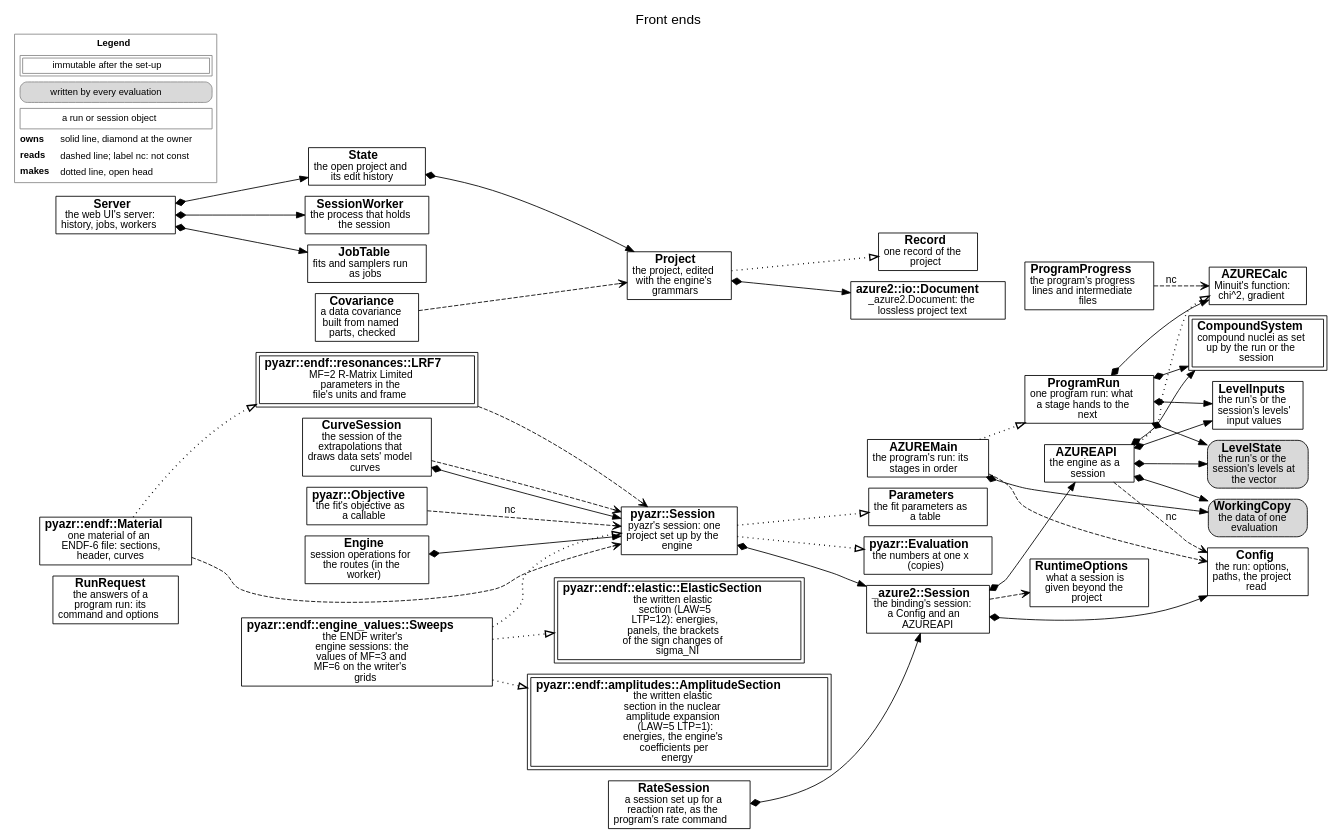
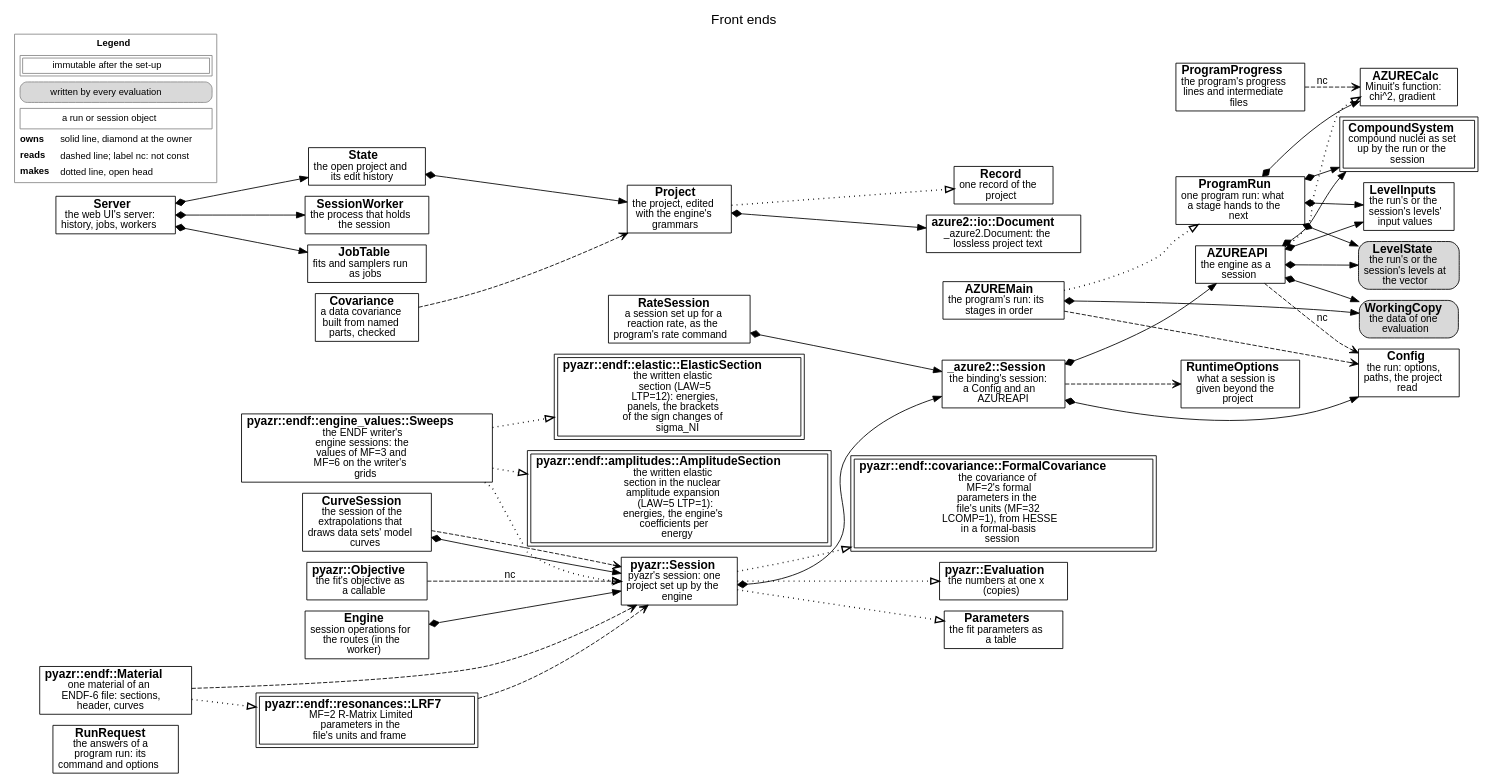
Before and after one commit to AZURE2DEV/AZURE2: the diagram in docs/source/developer/figures/frontends.dot, drawn with Graphviz. The commit also changed 12 other files, not shown here.

First line of the commit message:
ENDF: MF=32 LCOMP=1 for LRF=7 from HESSE in a formal-basis session; Material.covariance()

```diff
--- a/docs/source/developer/figures/frontends.dot
+++ b/docs/source/developer/figures/frontends.dot
@@ -1,77 +1,79 @@
 digraph frontends {
   graph [rankdir=LR, fontname="Helvetica", fontsize=16, labelloc=t, label="Front ends", nodesep=0.18, ranksep=0.3, newrank=true];
   node [fontname="Helvetica", fontsize=14, margin="0.08,0.04"];
   edge [fontname="Helvetica", fontsize=12];
   n_RunRequest [label=<<b>RunRequest</b><br/><font point-size="12">the answers of a<br/>program run: its<br/>command and options</font>>, shape=box, style="filled", fillcolor="white"];
   n_AZUREMain [label=<<b>AZUREMain</b><br/><font point-size="12">the program&#x27;s run: its<br/>stages in order</font>>, shape=box, style="filled", fillcolor="white"];
   n_Config [label=<<b>Config</b><br/><font point-size="12">the run: options,<br/>paths, the project<br/>read</font>>, shape=box, style="filled", fillcolor="white"];
   n_CompoundSystem [label=<<b>CompoundSystem</b><br/><font point-size="12">compound nuclei as set<br/>up by the run or the<br/>session</font>>, shape=box, peripheries=2, style="filled", fillcolor="white"];
   n_LevelState [label=<<b>LevelState</b><br/><font point-size="12">the run&#x27;s or the<br/>session&#x27;s levels at<br/>the vector</font>>, shape=box, style="rounded,filled", fillcolor="#d9d9d9"];
   n_LevelInputs [label=<<b>LevelInputs</b><br/><font point-size="12">the run&#x27;s or the<br/>session&#x27;s levels&#x27;<br/>input values</font>>, shape=box, style="filled", fillcolor="white"];
   n_WorkingCopy [label=<<b>WorkingCopy</b><br/><font point-size="12">the data of one<br/>evaluation</font>>, shape=box, style="rounded,filled", fillcolor="#d9d9d9"];
   n_AZURECalc [label=<<b>AZURECalc</b><br/><font point-size="12">Minuit&#x27;s function:<br/>chi^2, gradient</font>>, shape=box, style="filled", fillcolor="white"];
   n_ProgramRun [label=<<b>ProgramRun</b><br/><font point-size="12">one program run: what<br/>a stage hands to the<br/>next</font>>, shape=box, style="filled", fillcolor="white"];
   n_ProgramProgress [label=<<b>ProgramProgress</b><br/><font point-size="12">the program&#x27;s progress<br/>lines and intermediate<br/>files</font>>, shape=box, style="filled", fillcolor="white"];
   n_AZUREAPI [label=<<b>AZUREAPI</b><br/><font point-size="12">the engine as a<br/>session</font>>, shape=box, style="filled", fillcolor="white"];
   n__azure2__Session [label=<<b>_azure2::Session</b><br/><font point-size="12">the binding&#x27;s session:<br/>a Config and an<br/>AZUREAPI</font>>, shape=box, style="filled", fillcolor="white"];
   n_RuntimeOptions [label=<<b>RuntimeOptions</b><br/><font point-size="12">what a session is<br/>given beyond the<br/>project</font>>, shape=box, style="filled", fillcolor="white"];
   n_pyazr__Session [label=<<b>pyazr::Session</b><br/><font point-size="12">pyazr&#x27;s session: one<br/>project set up by the<br/>engine</font>>, shape=box, style="filled", fillcolor="white"];
   n_pyazr__Objective [label=<<b>pyazr::Objective</b><br/><font point-size="12">the fit&#x27;s objective as<br/>a callable</font>>, shape=box, style="filled", fillcolor="white"];
   n_pyazr__Evaluation [label=<<b>pyazr::Evaluation</b><br/><font point-size="12">the numbers at one x<br/>(copies)</font>>, shape=box, style="filled", fillcolor="white"];
   n_Parameters [label=<<b>Parameters</b><br/><font point-size="12">the fit parameters as<br/>a table</font>>, shape=box, style="filled", fillcolor="white"];
   n_Project [label=<<b>Project</b><br/><font point-size="12">the project, edited<br/>with the engine&#x27;s<br/>grammars</font>>, shape=box, style="filled", fillcolor="white"];
   n_Record [label=<<b>Record</b><br/><font point-size="12">one record of the<br/>project</font>>, shape=box, style="filled", fillcolor="white"];
   n_azure2__io__Document [label=<<b>azure2::io::Document</b><br/><font point-size="12">_azure2.Document: the<br/>lossless project text</font>>, shape=box, style="filled", fillcolor="white"];
   n_Server [label=<<b>Server</b><br/><font point-size="12">the web UI&#x27;s server:<br/>history, jobs, workers</font>>, shape=box, style="filled", fillcolor="white"];
   n_State [label=<<b>State</b><br/><font point-size="12">the open project and<br/>its edit history</font>>, shape=box, style="filled", fillcolor="white"];
   n_SessionWorker [label=<<b>SessionWorker</b><br/><font point-size="12">the process that holds<br/>the session</font>>, shape=box, style="filled", fillcolor="white"];
   n_Engine [label=<<b>Engine</b><br/><font point-size="12">session operations for<br/>the routes (in the<br/>worker)</font>>, shape=box, style="filled", fillcolor="white"];
   n_JobTable [label=<<b>JobTable</b><br/><font point-size="12">fits and samplers run<br/>as jobs</font>>, shape=box, style="filled", fillcolor="white"];
   n_pyazr__endf__Material [label=<<b>pyazr::endf::Material</b><br/><font point-size="12">one material of an<br/>ENDF-6 file: sections,<br/>header, curves</font>>, shape=box, style="filled", fillcolor="white"];
   n_pyazr__endf__resonances__LRF7 [label=<<b>pyazr::endf::resonances::LRF7</b><br/><font point-size="12">MF=2 R-Matrix Limited<br/>parameters in the<br/>file&#x27;s units and frame</font>>, shape=box, peripheries=2, style="filled", fillcolor="white"];
   n_pyazr__endf__engine_values__Sweeps [label=<<b>pyazr::endf::engine_values::Sweeps</b><br/><font point-size="12">the ENDF writer&#x27;s<br/>engine sessions: the<br/>values of MF=3 and<br/>MF=6 on the writer&#x27;s<br/>grids</font>>, shape=box, style="filled", fillcolor="white"];
   n_pyazr__endf__elastic__ElasticSection [label=<<b>pyazr::endf::elastic::ElasticSection</b><br/><font point-size="12">the written elastic<br/>section (LAW=5<br/>LTP=12): energies,<br/>panels, the brackets<br/>of the sign changes of<br/>sigma_NI</font>>, shape=box, peripheries=2, style="filled", fillcolor="white"];
   n_pyazr__endf__amplitudes__AmplitudeSection [label=<<b>pyazr::endf::amplitudes::AmplitudeSection</b><br/><font point-size="12">the written elastic<br/>section in the nuclear<br/>amplitude expansion<br/>(LAW=5 LTP=1):<br/>energies, the engine&#x27;s<br/>coefficients per<br/>energy</font>>, shape=box, peripheries=2, style="filled", fillcolor="white"];
+  n_pyazr__endf__covariance__FormalCovariance [label=<<b>pyazr::endf::covariance::FormalCovariance</b><br/><font point-size="12">the covariance of<br/>MF=2&#x27;s formal<br/>parameters in the<br/>file&#x27;s units (MF=32<br/>LCOMP=1), from HESSE<br/>in a formal-basis<br/>session</font>>, shape=box, peripheries=2, style="filled", fillcolor="white"];
   n_RateSession [label=<<b>RateSession</b><br/><font point-size="12">a session set up for a<br/>reaction rate, as the<br/>program&#x27;s rate command</font>>, shape=box, style="filled", fillcolor="white"];
   n_CurveSession [label=<<b>CurveSession</b><br/><font point-size="12">the session of the<br/>extrapolations that<br/>draws data sets&#x27; model<br/>curves</font>>, shape=box, style="filled", fillcolor="white"];
   n_Covariance [label=<<b>Covariance</b><br/><font point-size="12">a data covariance<br/>built from named<br/>parts, checked</font>>, shape=box, style="filled", fillcolor="white"];
   n_AZUREMain -> n_Config [style=dashed, arrowhead=vee];
   n_AZUREMain -> n_WorkingCopy [style=solid, dir=both, arrowtail=diamond, arrowhead=normal];
   n_AZUREMain -> n_ProgramRun [style=dotted, penwidth=1.6, arrowhead=empty];
   n_ProgramRun -> n_AZURECalc [style=solid, dir=both, arrowtail=diamond, arrowhead=normal];
   n_ProgramRun -> n_CompoundSystem [style=solid, dir=both, arrowtail=diamond, arrowhead=normal];
   n_ProgramRun -> n_LevelState [style=solid, dir=both, arrowtail=diamond, arrowhead=normal];
   n_ProgramRun -> n_LevelInputs [style=solid, dir=both, arrowtail=diamond, arrowhead=normal];
   n_ProgramProgress -> n_AZURECalc [style=dashed, arrowhead=vee, label=" nc"];
   n_AZUREAPI -> n_AZURECalc [style=dotted, penwidth=1.6, arrowhead=empty];
   n_AZUREAPI -> n_Config [style=dashed, arrowhead=vee, label=" nc"];
   n_AZUREAPI -> n_CompoundSystem [style=solid, dir=both, arrowtail=diamond, arrowhead=normal];
   n_AZUREAPI -> n_LevelState [style=solid, dir=both, arrowtail=diamond, arrowhead=normal];
   n_AZUREAPI -> n_LevelInputs [style=solid, dir=both, arrowtail=diamond, arrowhead=normal];
   n_AZUREAPI -> n_WorkingCopy [style=solid, dir=both, arrowtail=diamond, arrowhead=normal];
   n__azure2__Session -> n_Config [style=solid, dir=both, arrowtail=diamond, arrowhead=normal];
   n__azure2__Session -> n_AZUREAPI [style=solid, dir=both, arrowtail=diamond, arrowhead=normal];
   n__azure2__Session -> n_RuntimeOptions [style=dashed, arrowhead=vee];
   n_pyazr__Session -> n__azure2__Session [style=solid, dir=both, arrowtail=diamond, arrowhead=normal];
   n_pyazr__Session -> n_Parameters [style=dotted, penwidth=1.6, arrowhead=empty];
   n_pyazr__Objective -> n_pyazr__Session [style=dashed, arrowhead=vee, label=" nc"];
   n_pyazr__Session -> n_pyazr__Evaluation [style=dotted, penwidth=1.6, arrowhead=empty];
   n_Project -> n_azure2__io__Document [style=solid, dir=both, arrowtail=diamond, arrowhead=normal];
   n_Project -> n_Record [style=dotted, penwidth=1.6, arrowhead=empty];
   n_State -> n_Project [style=solid, dir=both, arrowtail=diamond, arrowhead=normal];
   n_Server -> n_State [style=solid, dir=both, arrowtail=diamond, arrowhead=normal];
   n_Server -> n_SessionWorker [style=solid, dir=both, arrowtail=diamond, arrowhead=normal];
   n_Server -> n_JobTable [style=solid, dir=both, arrowtail=diamond, arrowhead=normal];
   n_Engine -> n_pyazr__Session [style=solid, dir=both, arrowtail=diamond, arrowhead=normal];
   n_RateSession -> n__azure2__Session [style=solid, dir=both, arrowtail=diamond, arrowhead=normal];
   n_CurveSession -> n_pyazr__Session [style=solid, dir=both, arrowtail=diamond, arrowhead=normal];
   n_CurveSession -> n_pyazr__Session [style=dashed, arrowhead=vee];
   n_Covariance -> n_Project [style=dashed, arrowhead=vee];
   n_pyazr__endf__Material -> n_pyazr__Session [style=dashed, arrowhead=vee];
   n_pyazr__endf__Material -> n_pyazr__endf__resonances__LRF7 [style=dotted, penwidth=1.6, arrowhead=empty];
   n_pyazr__endf__resonances__LRF7 -> n_pyazr__Session [style=dashed, arrowhead=vee];
   n_pyazr__endf__engine_values__Sweeps -> n_pyazr__Session [style=dotted, penwidth=1.6, arrowhead=empty];
   n_pyazr__endf__engine_values__Sweeps -> n_pyazr__endf__elastic__ElasticSection [style=dotted, penwidth=1.6, arrowhead=empty];
   n_pyazr__endf__engine_values__Sweeps -> n_pyazr__endf__amplitudes__AmplitudeSection [style=dotted, penwidth=1.6, arrowhead=empty];
+  n_pyazr__Session -> n_pyazr__endf__covariance__FormalCovariance [style=dotted, penwidth=1.6, arrowhead=empty];
   legend [shape=plaintext, fontsize=11, label=<<TABLE BORDER="1" CELLBORDER="0" CELLSPACING="3" COLOR="#888888"><TR><TD COLSPAN="2"><B>Legend</B></TD></TR><TR><TD COLSPAN="2"><TABLE BORDER="1" CELLBORDER="1" CELLSPACING="2" CELLPADDING="2"><TR><TD>immutable after the set-up</TD></TR></TABLE></TD></TR><TR><TD COLSPAN="2"><TABLE BORDER="1" CELLBORDER="0" CELLPADDING="3" STYLE="rounded" BGCOLOR="#d9d9d9"><TR><TD>written by every evaluation</TD></TR></TABLE></TD></TR><TR><TD COLSPAN="2"><TABLE BORDER="1" CELLBORDER="0" CELLPADDING="3" ><TR><TD>a run or session object</TD></TR></TABLE></TD></TR><TR><TD ALIGN="LEFT"><B>owns</B></TD><TD ALIGN="LEFT">solid line, diamond at the owner</TD></TR><TR><TD ALIGN="LEFT"><B>reads</B></TD><TD ALIGN="LEFT">dashed line; label nc: not const</TD></TR><TR><TD ALIGN="LEFT"><B>makes</B></TD><TD ALIGN="LEFT">dotted line, open head</TD></TR></TABLE>>];
 }
```
